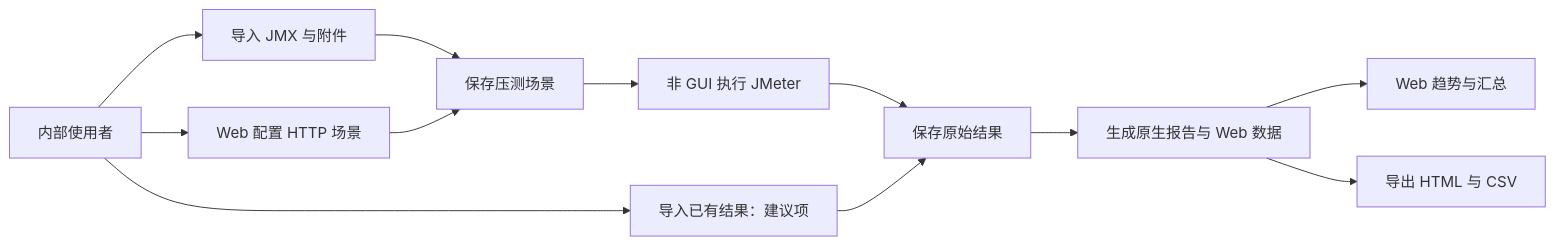
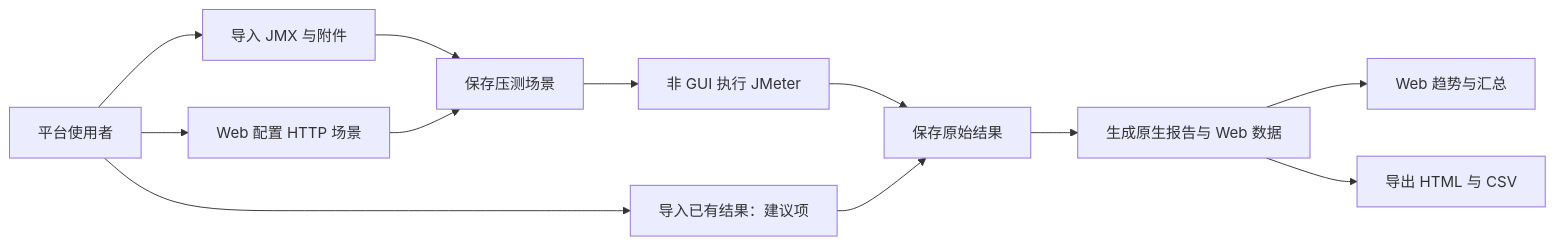
One commit to Honkey-y/docs changed the first of 4 diagrams in 压测平台/规划/首版功能规范.md. Above: the diagram before and after it, drawn with Mermaid. The commit also changed other lines of this file and 16 other files, not shown here.

````diff
--- a/压测平台/规划/首版功能规范.md
+++ b/压测平台/规划/首版功能规范.md
@@ -22,14 +24,14 @@
 ```mermaid
 flowchart LR
-  U[内部使用者] --> I[导入 JMX 与附件]
+  U[平台使用者] --> I[导入 JMX 与附件]
   U --> W[Web 配置 HTTP 场景]
   U --> J[导入已有结果：建议项]
   I --> P[保存压测场景]
   W --> P
   P --> E[非 GUI 执行 JMeter]
   E --> R[保存原始结果]
   J --> R
   R --> G[生成原生报告与 Web 数据]
   G --> V[Web 趋势与汇总]
   G --> D[导出 HTML 与 CSV]
 ```
````
